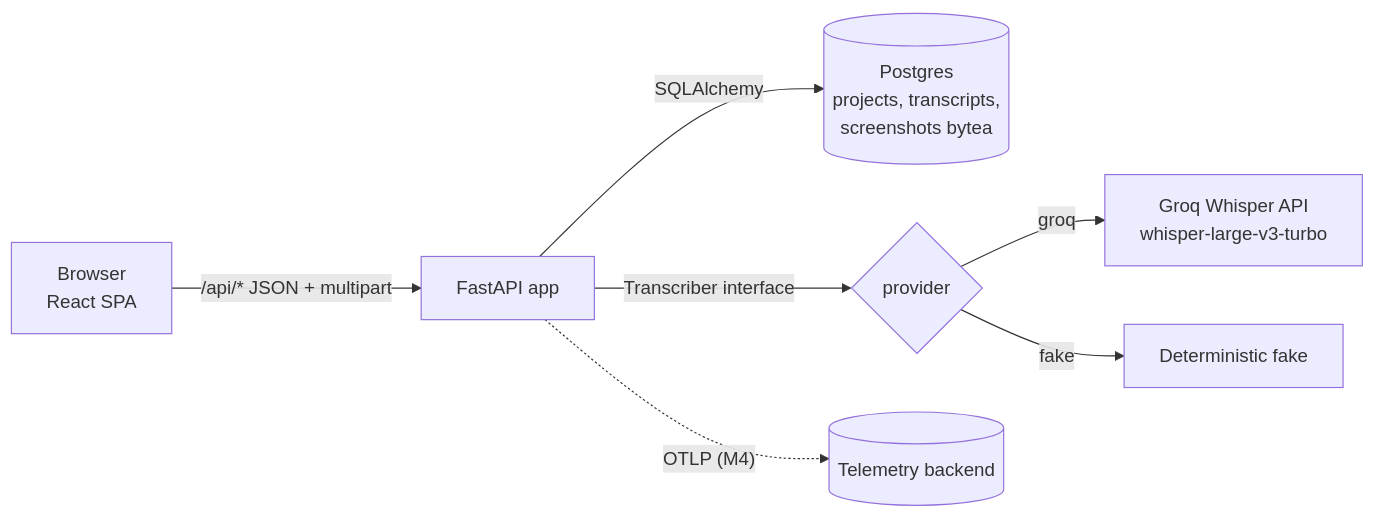
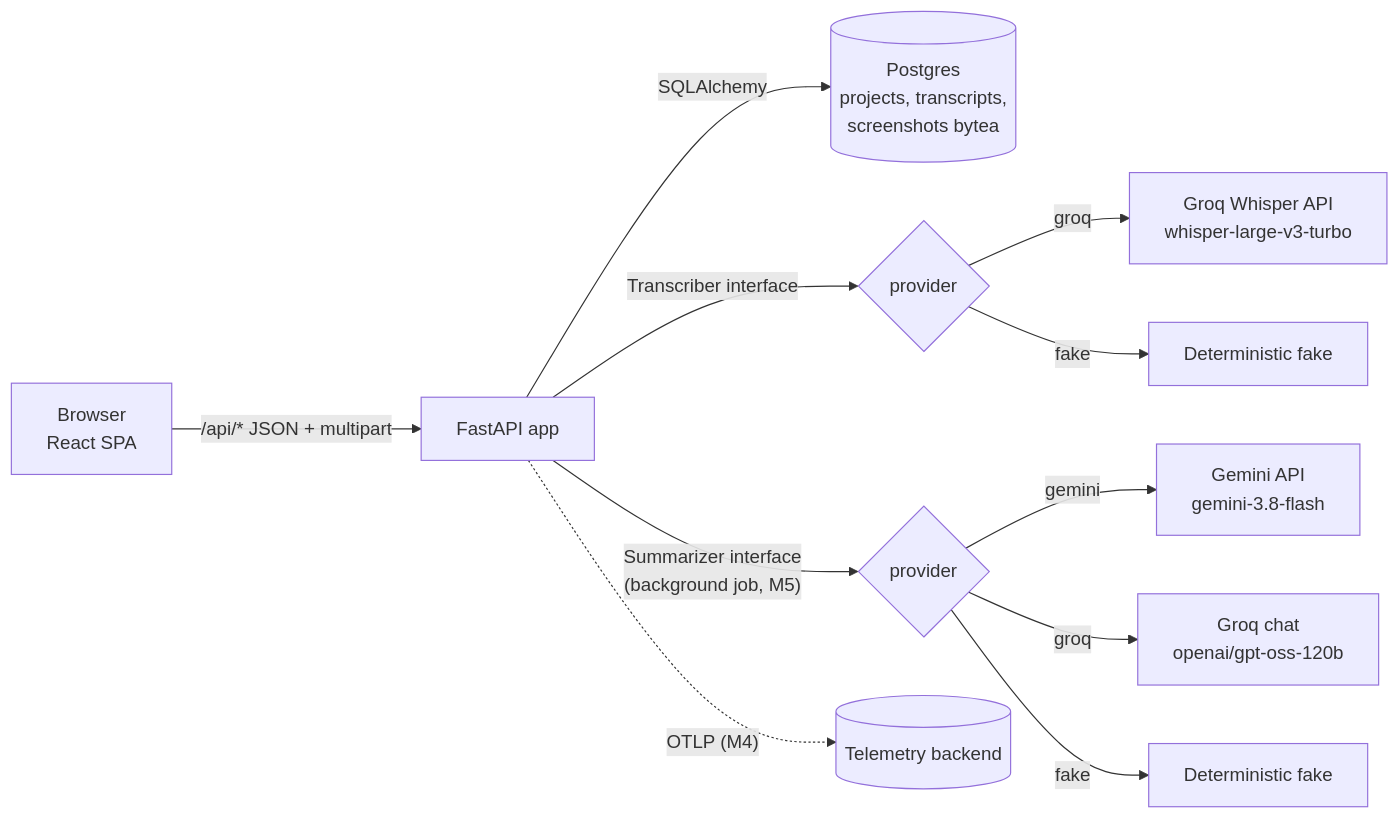
One commit to mrfmanuel/EchoNotes changed the first of 4 diagrams in docs/architecture.md. Above: the diagram before and after it, drawn with Mermaid. The commit also changed other lines of this file and 9 other files, not shown here.

````diff
--- a/docs/architecture.md
+++ b/docs/architecture.md
@@ -7,9 +7,13 @@
 ```mermaid
 flowchart LR
     B[Browser<br/>React SPA] -- "/api/* JSON + multipart" --> A[FastAPI app]
     A -- SQLAlchemy --> P[(Postgres<br/>projects, transcripts,<br/>screenshots bytea)]
     A -- "Transcriber interface" --> T{provider}
     T -->|groq| G[Groq Whisper API<br/>whisper-large-v3-turbo]
     T -->|fake| F[Deterministic fake]
+    A -- "Summarizer interface<br/>(background job, M5)" --> S{provider}
+    S -->|gemini| GM[Gemini API<br/>gemini-3.8-flash]
+    S -->|groq| GQ[Groq chat<br/>openai/gpt-oss-120b]
+    S -->|fake| SF[Deterministic fake]
     A -. "OTLP (M4)" .-> O[(Telemetry backend)]
 ```
````
